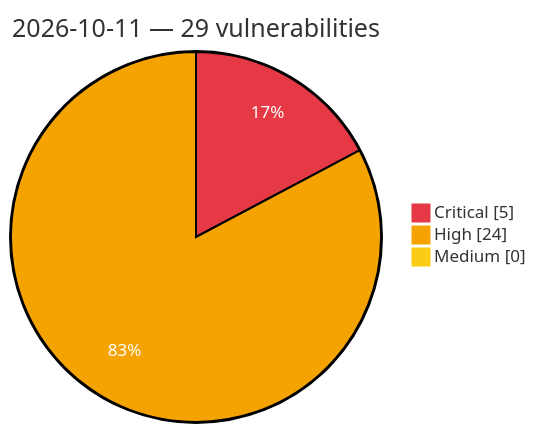
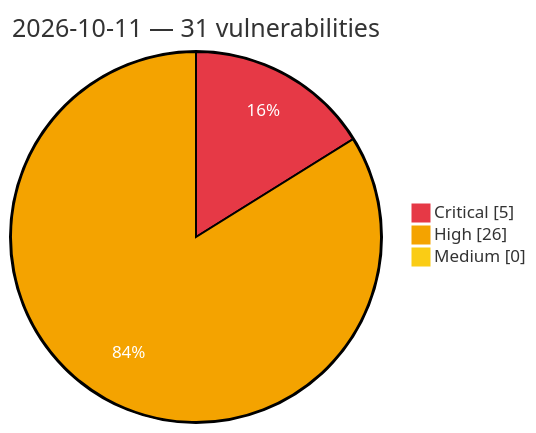
The diagram in vulnerabilities/2026/October/2026-10-11.md (GhostX0X/vuln-tracker), drawn with Mermaid before and after one commit. The commit also changed other lines of this file and 5 other files, not shown here.

````diff
--- a/vulnerabilities/2026/October/2026-10-11.md
+++ b/vulnerabilities/2026/October/2026-10-11.md
@@ -3,8 +3,8 @@
 ```mermaid
 %%{init: {'theme':'base', 'themeVariables': {'pie1':'#e63946', 'pie2':'#f4a300', 'pie3':'#facc15', 'pieOpacity':'1', 'pieOuterStrokeWidth':'2px', 'pieSectionTextColor':'#ffffff'}}}%%
 pie showData
-    title 2026-10-11 — 29 vulnerabilities
+    title 2026-10-11 — 31 vulnerabilities
     "Critical" : 5
-    "High" : 24
+    "High" : 26
     "Medium" : 0
 ```
````
